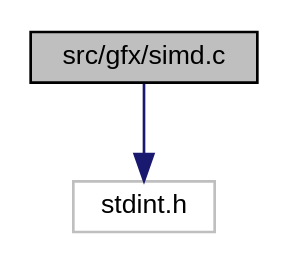
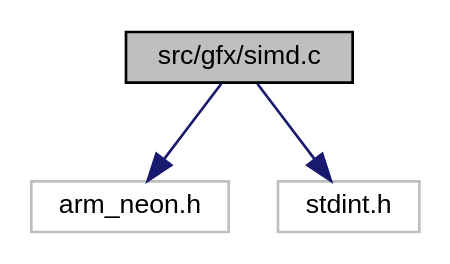
The diagram in simd_8c__incl.dot (slakpi/piwx), drawn with Graphviz before and after one commit. The commit also changed 7 other files, not shown here.

```diff
--- a/simd_8c__incl.dot
+++ b/simd_8c__incl.dot
@@ -1,9 +1,11 @@
 digraph "src/gfx/simd.c"
 {
  // LATEX_PDF_SIZE
   edge [fontname="Helvetica",fontsize="10",labelfontname="Helvetica",labelfontsize="10"];
   node [fontname="Helvetica",fontsize="10",shape=record];
   Node1 [label="src/gfx/simd.c",height=0.2,width=0.4,color="black", fillcolor="grey75", style="filled", fontcolor="black",tooltip=" "];
   Node1 -> Node2 [color="midnightblue",fontsize="10",style="solid",fontname="Helvetica"];
-  Node2 [label="stdint.h",height=0.2,width=0.4,color="grey75", fillcolor="white", style="filled",tooltip=" "];
+  Node2 [label="arm_neon.h",height=0.2,width=0.4,color="grey75", fillcolor="white", style="filled",tooltip=" "];
+  Node1 -> Node3 [color="midnightblue",fontsize="10",style="solid",fontname="Helvetica"];
+  Node3 [label="stdint.h",height=0.2,width=0.4,color="grey75", fillcolor="white", style="filled",tooltip=" "];
 }
```
